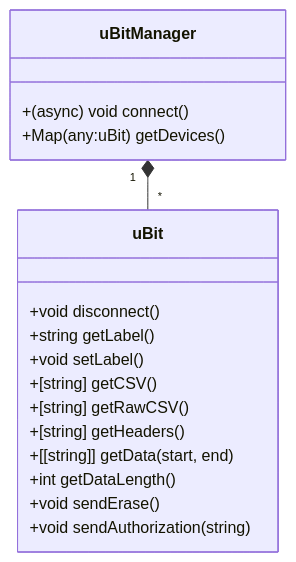
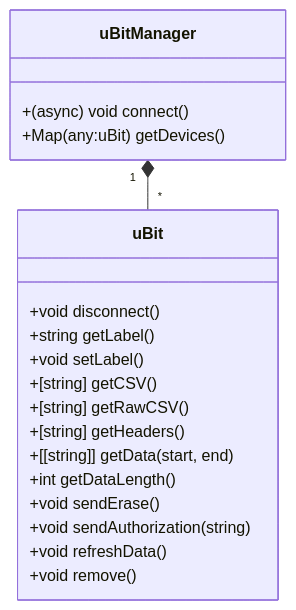
The first of 4 diagrams in readme.md (calliope-edu/webblelog), drawn with Mermaid before and after one commit.

````diff
--- a/readme.md
+++ b/readme.md
@@ -67,25 +67,27 @@
 ```mermaid
 classDiagram
     class uBitManager {
       +(async) void  connect()
       +Map(any:uBit) getDevices() 
     }
 
     class uBit {
       +void  disconnect()
       +string getLabel()
       +void setLabel()
       +[string] getCSV()
       +[string] getRawCSV()
       +[string] getHeaders()
       +[[string]] getData(start, end)
       +int getDataLength()
       +void sendErase()
       +void sendAuthorization(string)
+      +void refreshData()
+      +void remove()
     }
 
     uBitManager "1" *-- "*" uBit
 
     %%link uBitManager "./docs/docs/uBitManager.html" "Link"
     %%link uBit "./docs/docs/uBit.html" "Link"
 ```
````
